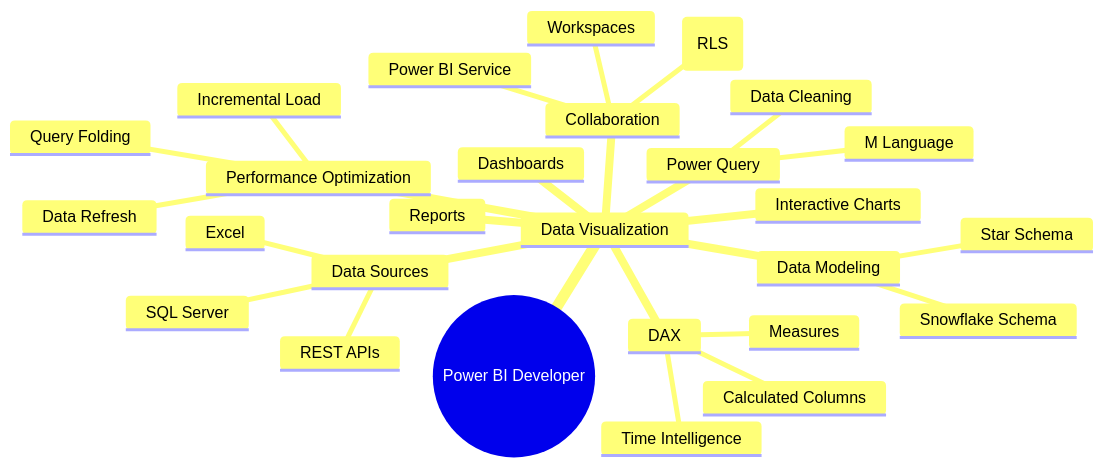
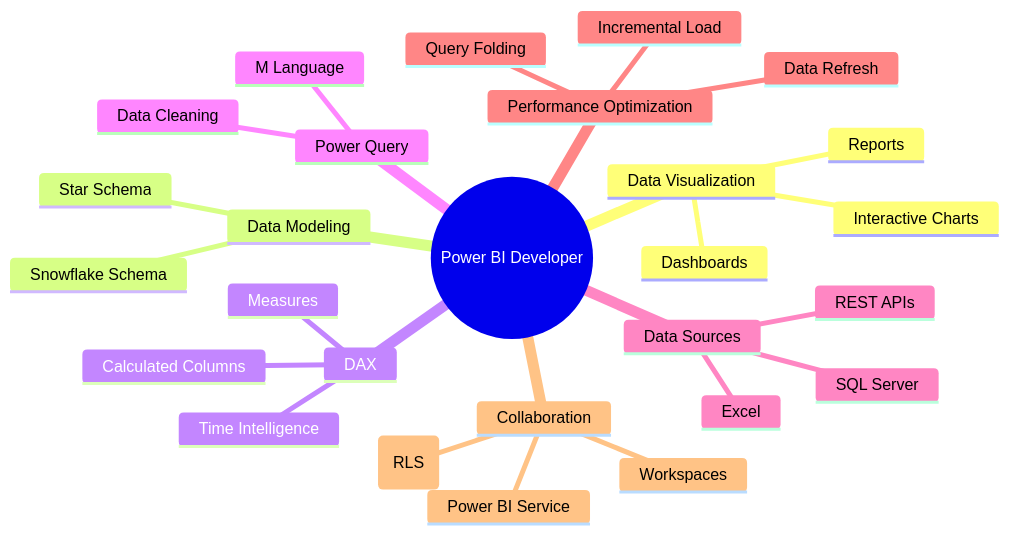
One commit to ponnageswaran/ponnageswaran changed the first of 2 diagrams in README.md. Above: the diagram before and after it, drawn with Mermaid.

````diff
--- a/README.md
+++ b/README.md
@@ -36,30 +36,30 @@
 ```mermaid
 mindmap
   root((Power BI Developer))
-   Data Visualization
+    Data Visualization
       Dashboards
       Reports
       Interactive Charts
     Data Modeling
       Star Schema
       Snowflake Schema
     DAX
       Measures
       Calculated Columns
       Time Intelligence
     Power Query
       Data Cleaning
       M Language
     Data Sources
       SQL Server
       Excel
       REST APIs
     Performance Optimization
       Query Folding
       Data Refresh
       Incremental Load
     Collaboration
       Power BI Service
       Workspaces
       Row Level Security (RLS)
 ```
````
